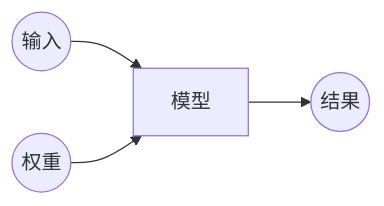
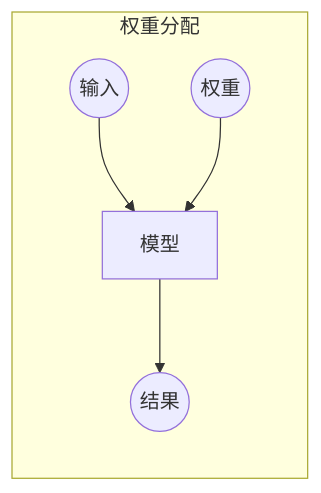
Before and after one commit to Jaas-Wang/smartbook: the fourth of 10 diagrams in smartbook/Fastai-01.md, drawn with Mermaid. The commit also changed other lines of this file, not shown here.

````diff
--- a/smartbook/Fastai-01.md
+++ b/smartbook/Fastai-01.md
@@ -658,10 +666,12 @@
 ```mermaid
 graph LR
 B((输入))
 C((权重))
 D[模型]
 E((结果))
+subgraph 权重分配
 B --> D
 C --> D
 D --> E
+end
 ```
````
